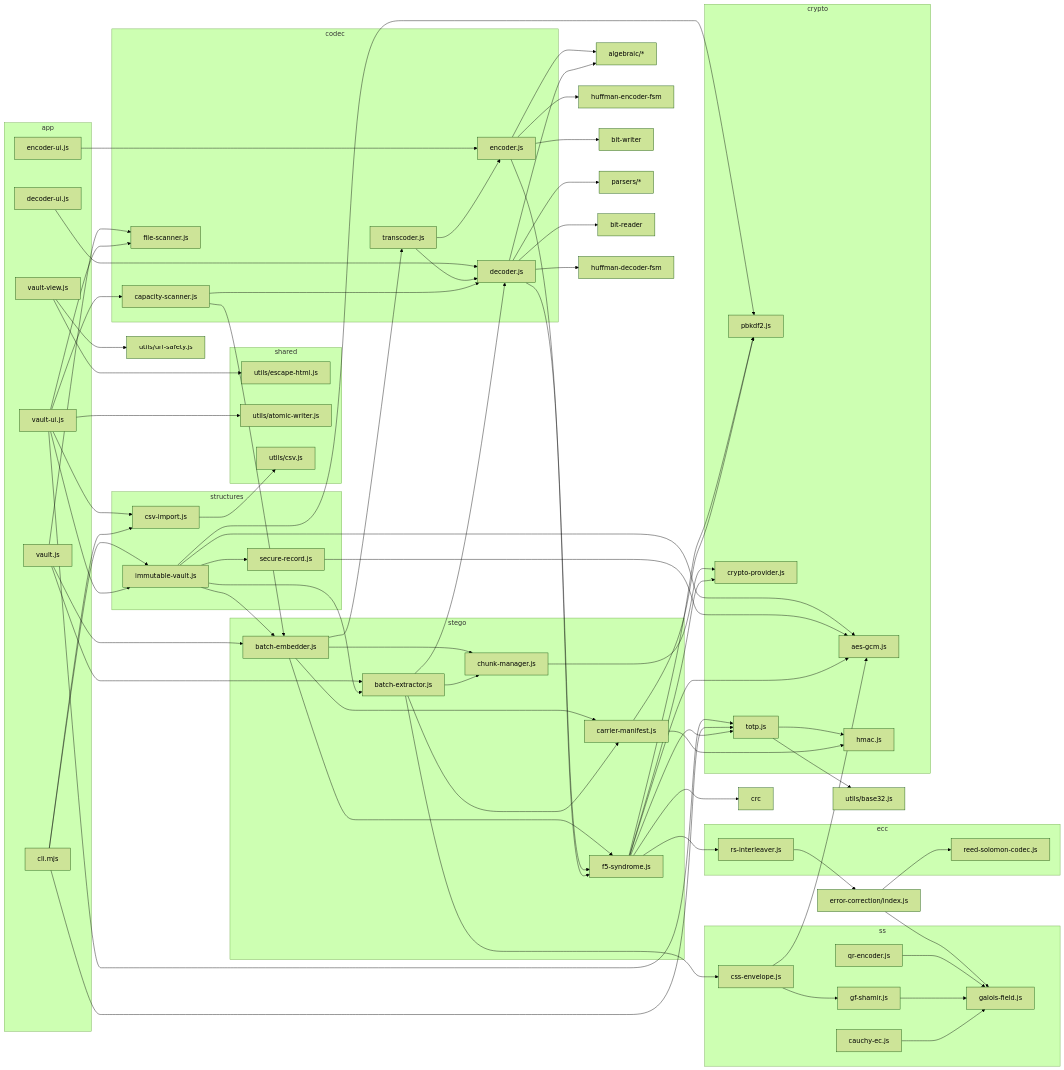
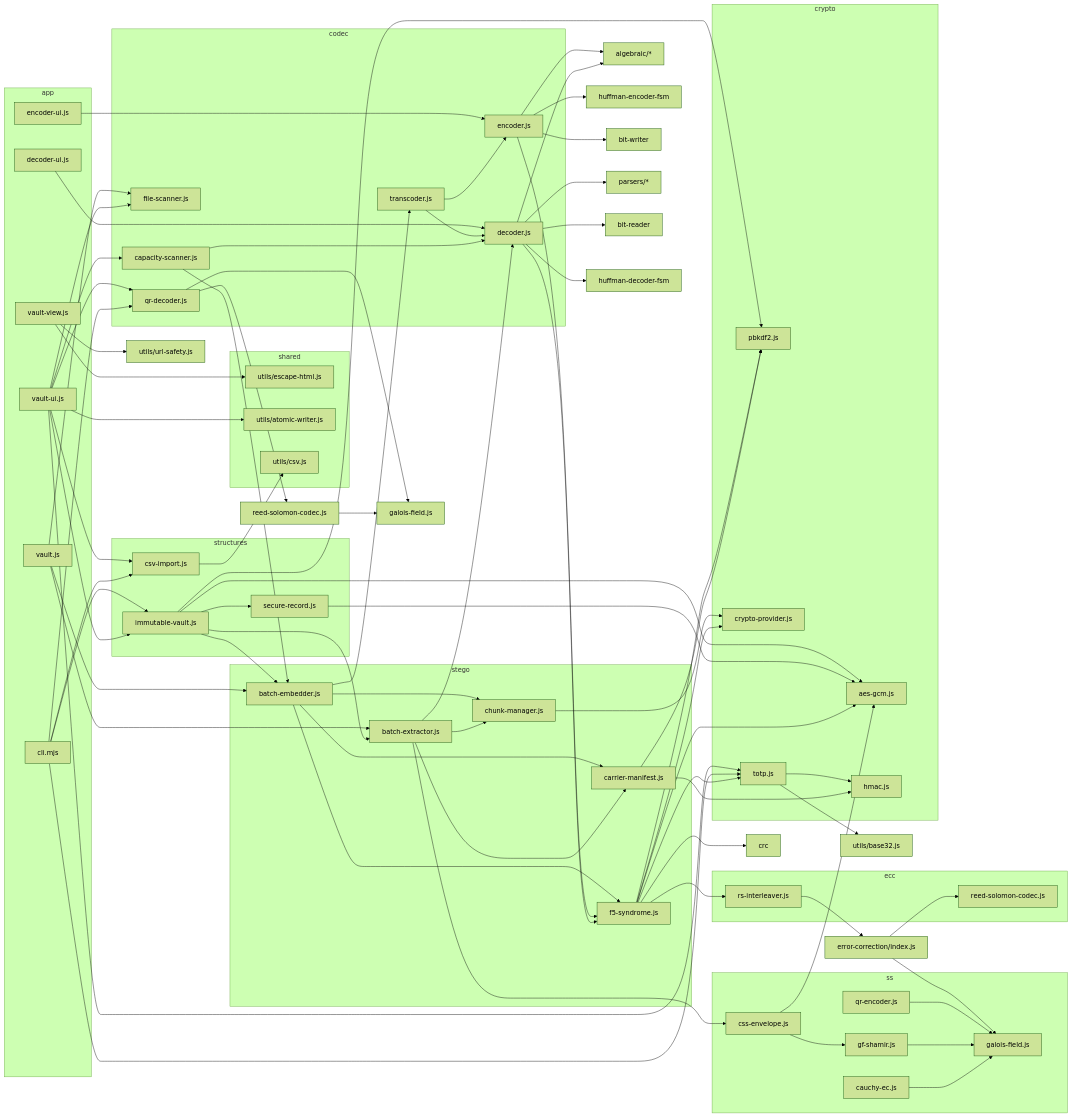
The second of 6 diagrams in src/specs/WIREFRAME.md (jessebeard/Ollie), drawn with Mermaid (forest theme) before and after one commit. The commit also changed other lines of this file and 20 other files, not shown here.

```diff
--- a/src/specs/WIREFRAME.md
+++ b/src/specs/WIREFRAME.md
@@ -220,6 +222,7 @@
         trans["transcoder.js"]
         cap["capacity-scanner.js"]
         fscan["file-scanner.js"]
+        qrdec["qr-decoder.js"]
     end
 
     encui --> enc
@@ -229,6 +232,8 @@
     vui --> awriter
     vui --> csvimp
     vui --> totpmod
+    vui --> qrdec
+    cli --> qrdec
     cli --> totpmod
     totpmod --> b32["utils/base32.js"]
     csvimp --> csvutil
@@ -278,6 +283,9 @@
     env --> aes
     shamir --> gf
     cauchy --> gf
+    qrdec --> rsc2["reed-solomon-codec.js"]
+    qrdec --> gfs["galois-field.js"]
+    rsc2 --> gfs
 
     enc --> alg["algebraic/*"]
     enc --> huffenc["huffman-encoder-fsm"]
```
